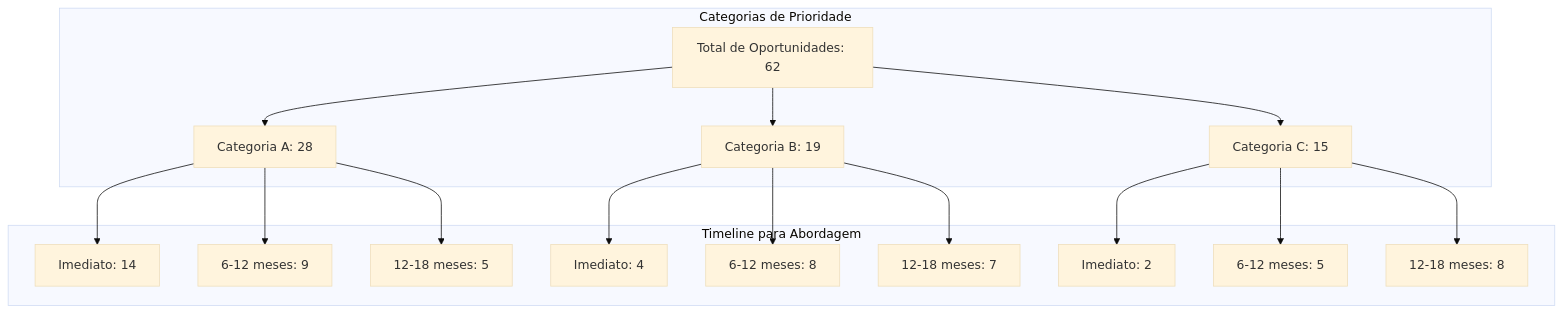
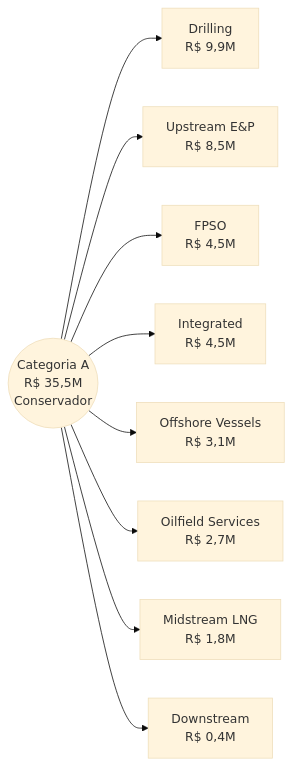
One commit to wonder-dmercadal/PublicReports changed the fourth of 6 diagrams in AnaliseMercado.md. Above: the diagram before and after it, drawn with Mermaid (base theme). The commit also changed other lines of this file, not shown here.

````diff
--- a/AnaliseMercado.md
+++ b/AnaliseMercado.md
@@ -79,23 +72,11 @@
 ```mermaid
-graph TD
-    subgraph Categorias de Prioridade
-    A[Total de Oportunidades: 62]
-    A --> B[Categoria A: 28]
-    A --> C[Categoria B: 19]
-    A --> D[Categoria C: 15]
-    end
-    
-    subgraph Timeline para Abordagem
-    B --> E[Imediato: 14]
-    B --> F[6-12 meses: 9]
-    B --> G[12-18 meses: 5]
-    
-    C --> H[Imediato: 4]
-    C --> I[6-12 meses: 8]
-    C --> J[12-18 meses: 7]
-    
-    D --> K[Imediato: 2]
-    D --> L[6-12 meses: 5]
-    D --> M[12-18 meses: 8]
-    end
+graph LR
+    A((Categoria A<br>R$ 35,5M<br>Conservador)) --> B[Drilling<br>R$ 9,9M]
+    A --> C[Upstream E&P<br>R$ 8,5M]
+    A --> D[FPSO<br>R$ 4,5M]
+    A --> E[Integrated<br>R$ 4,5M]
+    A --> F[Offshore Vessels<br>R$ 3,1M]
+    A --> G[Oilfield Services<br>R$ 2,7M]
+    A --> H[Midstream LNG<br>R$ 1,8M]
+    A --> I[Downstream<br>R$ 0,4M]
 ```
````
